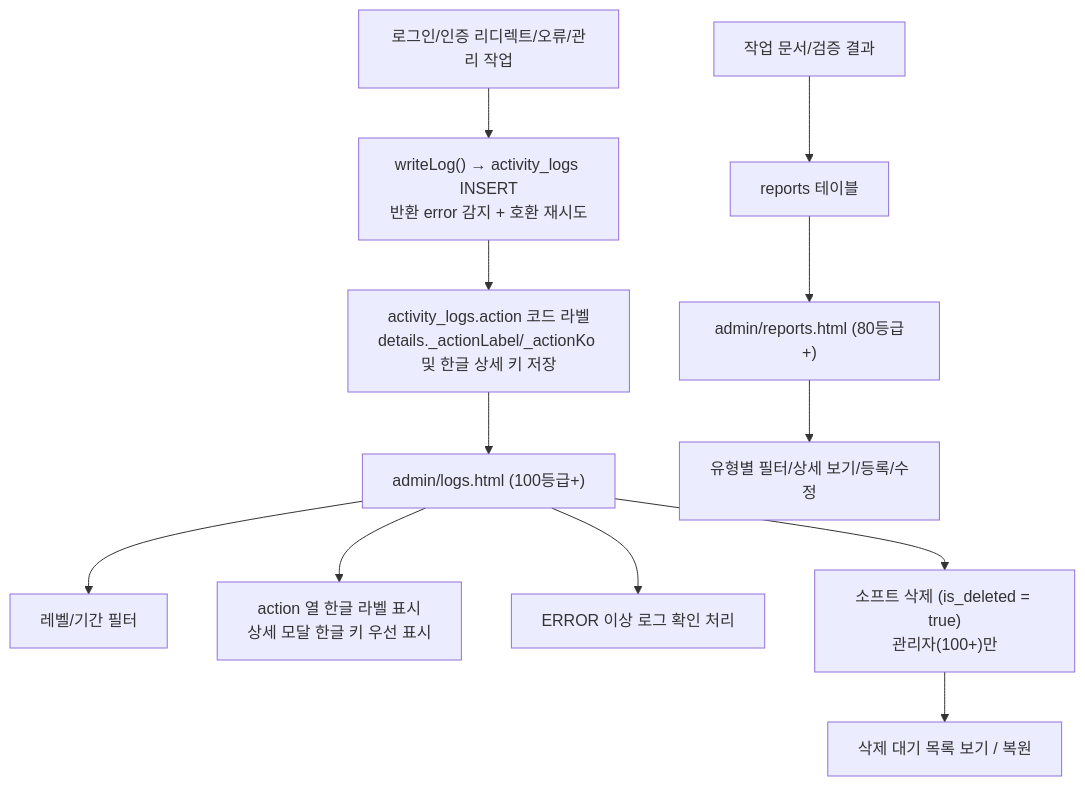
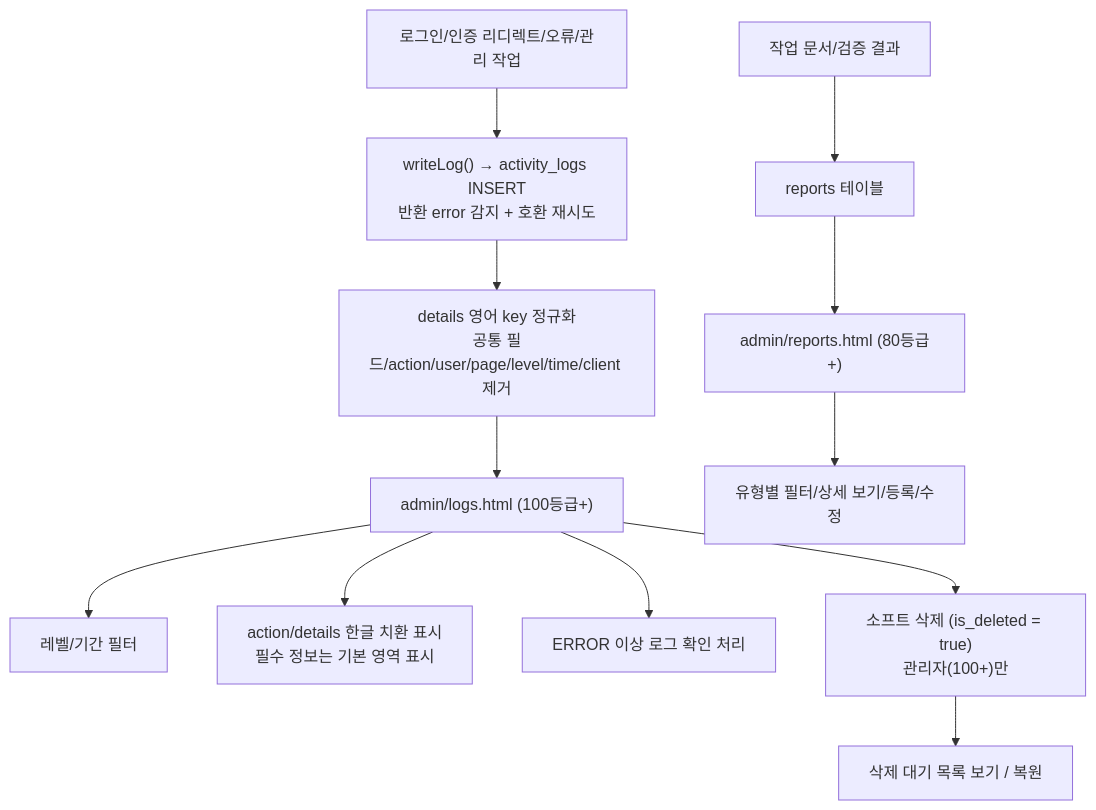
One commit to CHO-Talents-Test/CHO-Talents-Test changed diagram 13 of 17 in docs/PROJECT_ARCHITECTURE_FLOW.md. Above: the diagram before and after it, drawn with Mermaid. The commit also changed other lines of this file and 165 other files, not shown here.

````diff
--- a/docs/PROJECT_ARCHITECTURE_FLOW.md
+++ b/docs/PROJECT_ARCHITECTURE_FLOW.md
@@ -579,15 +614,15 @@
 ```mermaid
 flowchart TD
   Event["로그인/인증 리디렉트/오류/관리 작업"] --> WriteLog["writeLog() → activity_logs INSERT<br/>반환 error 감지 + 호환 재시도"]
-  WriteLog --> ActionLabel["activity_logs.action 코드 라벨<br/>details._actionLabel/_actionKo 및 한글 상세 키 저장"]
-  ActionLabel --> Logs["admin/logs.html (100등급+)"]
+  WriteLog --> NormalizeDetails["details 영어 key 정규화<br/>공통 필드/action/user/page/level/time/client 제거"]
+  NormalizeDetails --> Logs["admin/logs.html (100등급+)"]
   Logs --> Filter["레벨/기간 필터"]
-  Logs --> KoLabel["action 열 한글 라벨 표시<br/>상세 모달 한글 키 우선 표시"]
+  Logs --> KoLabel["action/details 한글 치환 표시<br/>필수 정보는 기본 영역 표시"]
   Logs --> Ack["ERROR 이상 로그 확인 처리"]
   Logs --> SoftDel["소프트 삭제 (is_deleted = true)<br/>관리자(100+)만"]
   SoftDel --> DelView["삭제 대기 목록 보기 / 복원"]
 
   Docs["작업 문서/검증 결과"] --> ReportsTable["reports 테이블"]
   ReportsTable --> Reports["admin/reports.html (80등급+)"]
   Reports --> ReportView["유형별 필터/상세 보기/등록/수정"]
 ```
````
